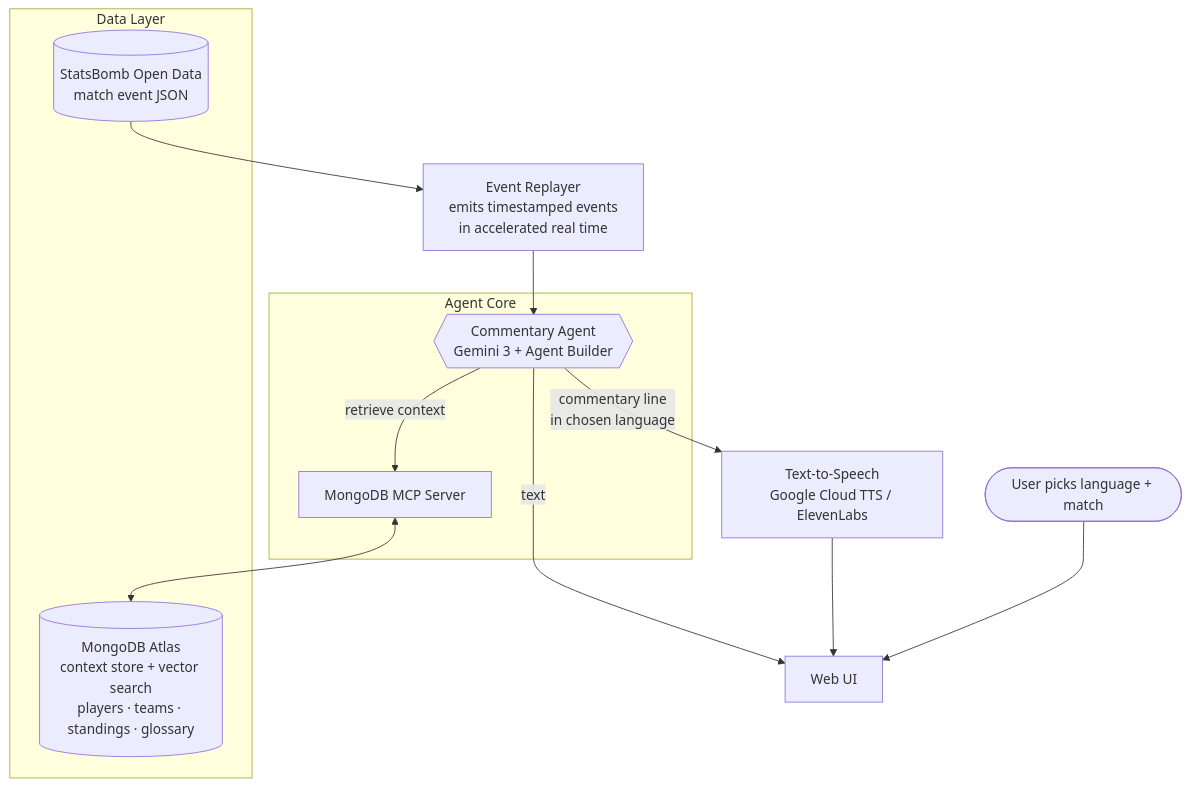
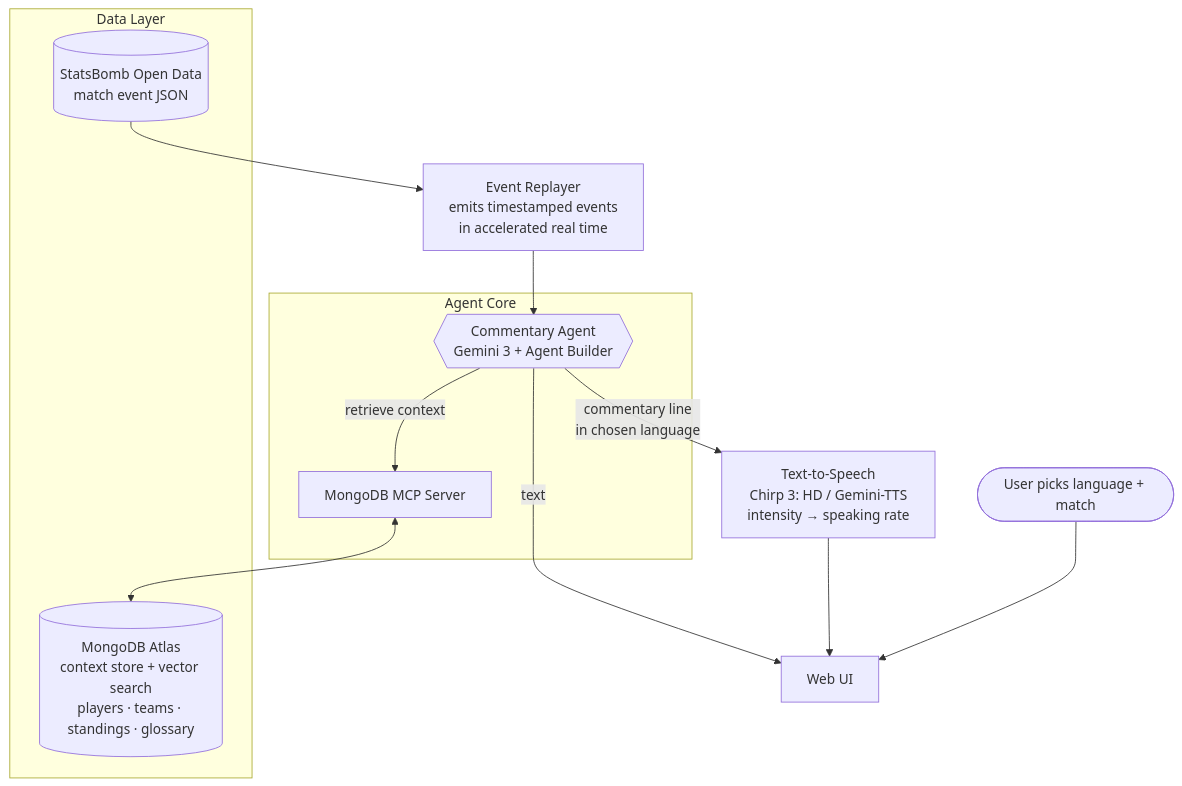
One commit to Zavvnr/Zavier-Google-Cloud-Rapid-Agent-Hackathon-June-2026 changed the diagram in README.md. Above: the diagram before and after it, drawn with Mermaid. The commit also changed other lines of this file and 10 other files, not shown here.

````diff
--- a/README.md
+++ b/README.md
@@ -77,23 +77,23 @@
 ```mermaid
 flowchart TD
     U([User picks language + match]) --> UI[Web UI]
 
     subgraph Data["Data Layer"]
         SB[(StatsBomb Open Data<br/>match event JSON)]
         CTX[(MongoDB Atlas<br/>context store + vector search<br/>players · teams · standings · glossary)]
     end
 
     SB --> REP[Event Replayer<br/>emits timestamped events<br/>in accelerated real time]
     REP --> AGENT
 
     subgraph Core["Agent Core"]
         AGENT{{Commentary Agent<br/>Gemini 3 + Agent Builder}}
         MCP[MongoDB MCP Server]
     end
 
     AGENT -->|retrieve context| MCP
     MCP <--> CTX
-    AGENT -->|commentary line<br/>in chosen language| TTS[Text-to-Speech<br/>Google Cloud TTS / ElevenLabs]
+    AGENT -->|commentary line<br/>in chosen language| TTS[Text-to-Speech<br/>Chirp 3: HD / Gemini-TTS<br/>intensity → speaking rate]
     TTS --> UI
     AGENT -->|text| UI
 ```
````
